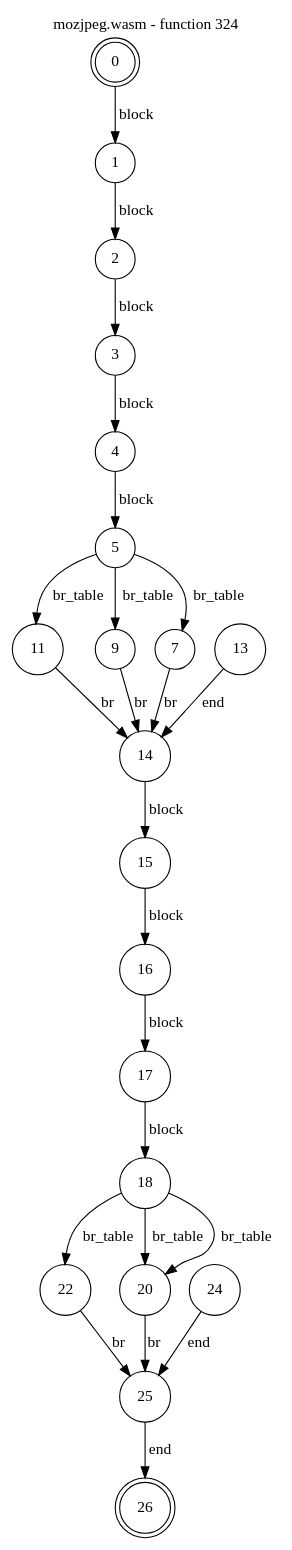
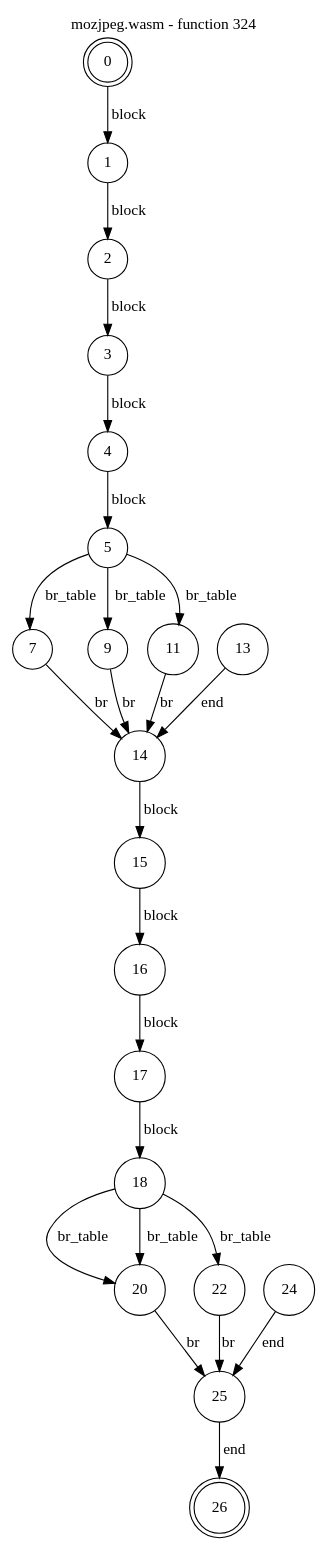
The diagram in test_cases/mozjpeg/funcs/mozjpeg-func324.dot (jsCarleton/wanalyze), drawn with Graphviz before and after one commit. The commit also changed other lines of this file and 81 other files, not shown here.

```diff
--- a/test_cases/mozjpeg/funcs/mozjpeg-func324.dot
+++ b/test_cases/mozjpeg/funcs/mozjpeg-func324.dot
@@ -1,32 +1,32 @@
 digraph finite_state_machine {
     label = "mozjpeg.wasm - function 324"
     labelloc =  t
     labelfontsize = 16
     labelfontcolor = black
     labelfontname = "Helvetica"
     node [shape = doublecircle]; 0 26;
     node [shape = circle];
     0 -> 1[label="block"];
     1 -> 2[label="block"];
     2 -> 3[label="block"];
     3 -> 4[label="block"];
     4 -> 5[label="block"];
+    5 -> 7[label="br_table"];
+    5 -> 9[label="br_table"];
     5 -> 11[label="br_table"];
-    5 -> 9[label="br_table"];
-    5 -> 7[label="br_table"];
     7 -> 14[label="br"];
     9 -> 14[label="br"];
     11 -> 14[label="br"];
     13 -> 14[label="end"];
     14 -> 15[label="block"];
     15 -> 16[label="block"];
     16 -> 17[label="block"];
     17 -> 18[label="block"];
-    18 -> 22[label="br_table"];
     18 -> 20[label="br_table"];
     18 -> 20[label="br_table"];
+    18 -> 22[label="br_table"];
     20 -> 25[label="br"];
     22 -> 25[label="br"];
     24 -> 25[label="end"];
     25 -> 26[label="end"];
 }
```
